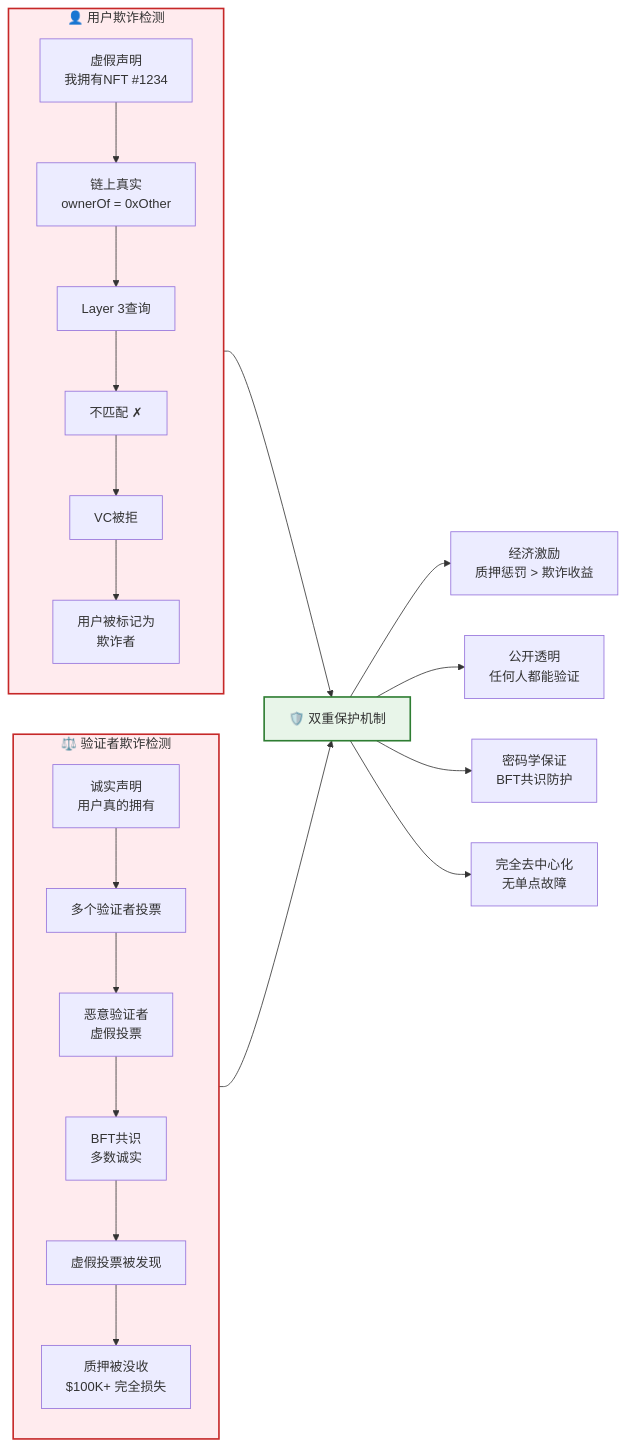
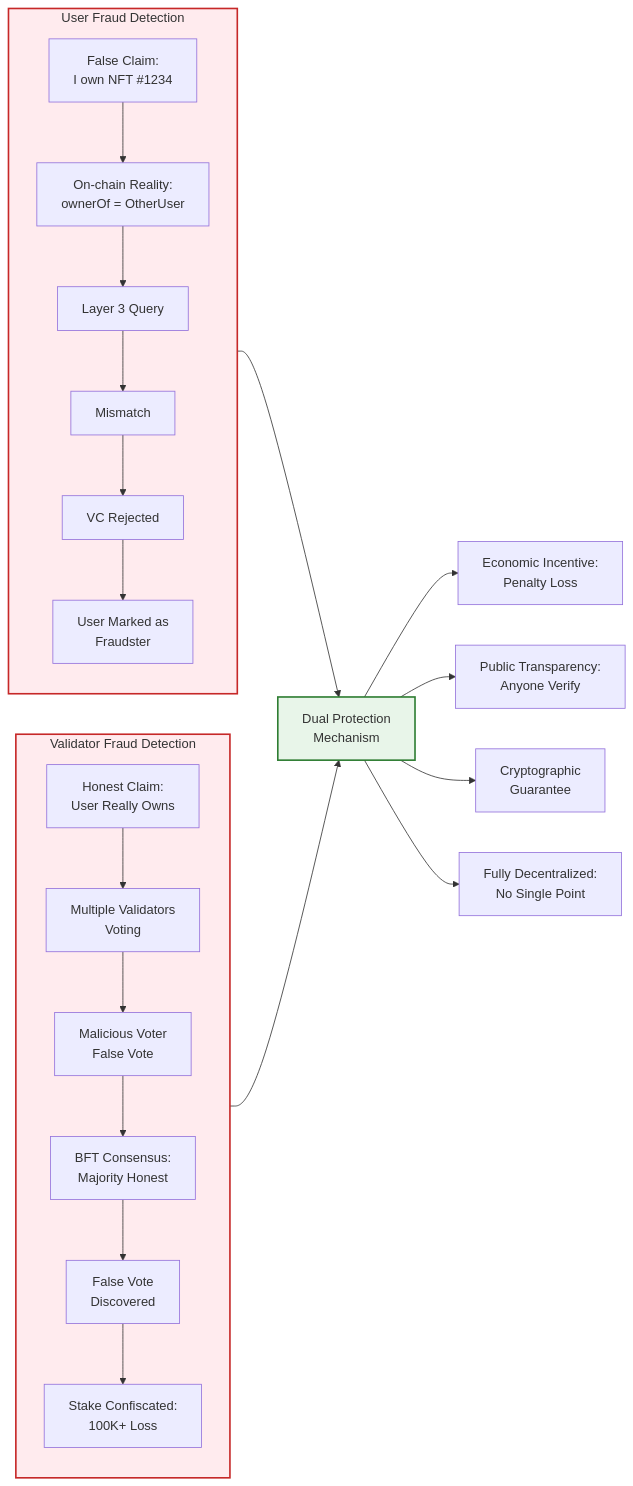
The sixth of 17 diagrams in src/jcc_blog/pic.md (JCCDex/jcc_document), drawn with Mermaid before and after one commit. The commit also changed other lines of this file, not shown here.

First line of the commit message:
Fix Mermaid 8.9.2 compatibility issues

````diff
--- a/src/jcc_blog/pic.md
+++ b/src/jcc_blog/pic.md
@@ -235,44 +235,44 @@
 ```mermaid
 graph LR
-    subgraph UserFraud["👤 用户欺诈检测"]
-        UF1["虚假声明<br/>我拥有NFT #1234"]
-        UF2["链上真实<br/>ownerOf = 0xOther"]
-        UF3["Layer 3查询"]
-        UF4["不匹配 ✗"]
-        UF5["VC被拒"]
-        UF6["用户被标记为<br/>欺诈者"]
+    subgraph UserFraud["User Fraud Detection"]
+        UF1["False Claim:<br/>I own NFT #1234"]
+        UF2["On-chain Reality:<br/>ownerOf = OtherUser"]
+        UF3["Layer 3 Query"]
+        UF4["Mismatch"]
+        UF5["VC Rejected"]
+        UF6["User Marked as<br/>Fraudster"]
         
         UF1 --> UF2
         UF2 --> UF3
         UF3 --> UF4
         UF4 --> UF5
         UF5 --> UF6
     end
     
-    subgraph ValidatorFraud["⚖️ 验证者欺诈检测"]
-        VF1["诚实声明<br/>用户真的拥有"]
-        VF2["多个验证者投票"]
-        VF3["恶意验证者<br/>虚假投票"]
-        VF4["BFT共识<br/>多数诚实"]
-        VF5["虚假投票被发现"]
-        VF6["质押被没收<br/>$100K+ 完全损失"]
+    subgraph ValidatorFraud["Validator Fraud Detection"]
+        VF1["Honest Claim:<br/>User Really Owns"]
+        VF2["Multiple Validators<br/>Voting"]
+        VF3["Malicious Voter<br/>False Vote"]
+        VF4["BFT Consensus:<br/>Majority Honest"]
+        VF5["False Vote<br/>Discovered"]
+        VF6["Stake Confiscated:<br/>100K+ Loss"]
         
         VF1 --> VF2
         VF2 --> VF3
         VF3 --> VF4
         VF4 --> VF5
         VF5 --> VF6
     end
     
-    UserFraud --> Protection["🛡️ 双重保护机制"]
+    UserFraud --> Protection["Dual Protection<br/>Mechanism"]
     ValidatorFraud --> Protection
     
-    Protection --> P1["经济激励<br/>质押惩罚 > 欺诈收益"]
-    Protection --> P2["公开透明<br/>任何人都能验证"]
-    Protection --> P3["密码学保证<br/>BFT共识防护"]
-    Protection --> P4["完全去中心化<br/>无单点故障"]
+    Protection --> P1["Economic Incentive:<br/>Penalty Loss"]
+    Protection --> P2["Public Transparency:<br/>Anyone Verify"]
+    Protection --> P3["Cryptographic<br/>Guarantee"]
+    Protection --> P4["Fully Decentralized:<br/>No Single Point"]
     
     style UserFraud fill:#ffebee,stroke:#c62828,stroke-width:2px
     style ValidatorFraud fill:#ffebee,stroke:#c62828,stroke-width:2px
     style Protection fill:#e8f5e9,stroke:#2e7d32,stroke-width:2px
 ```
````
